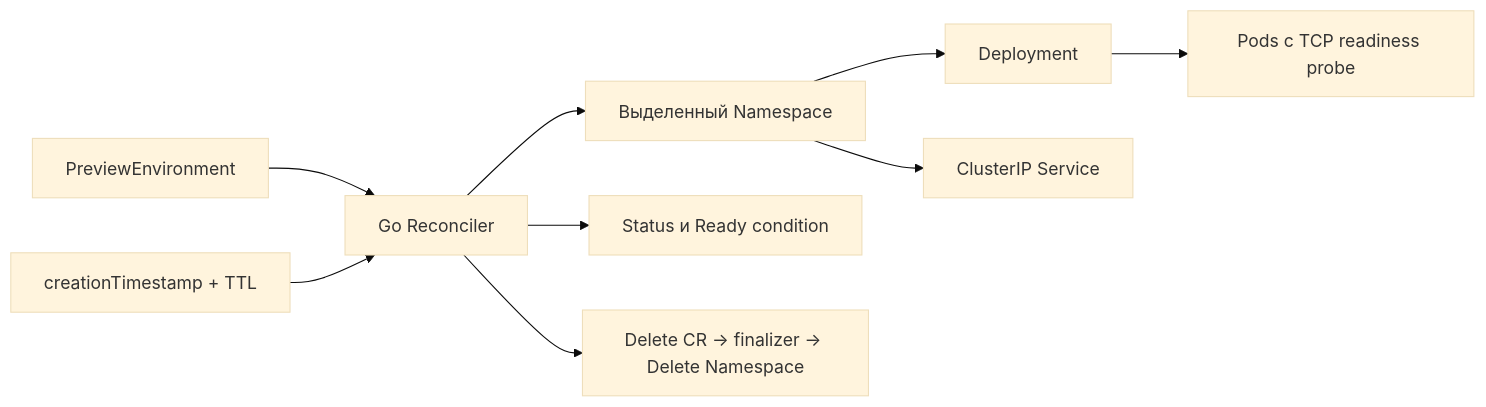
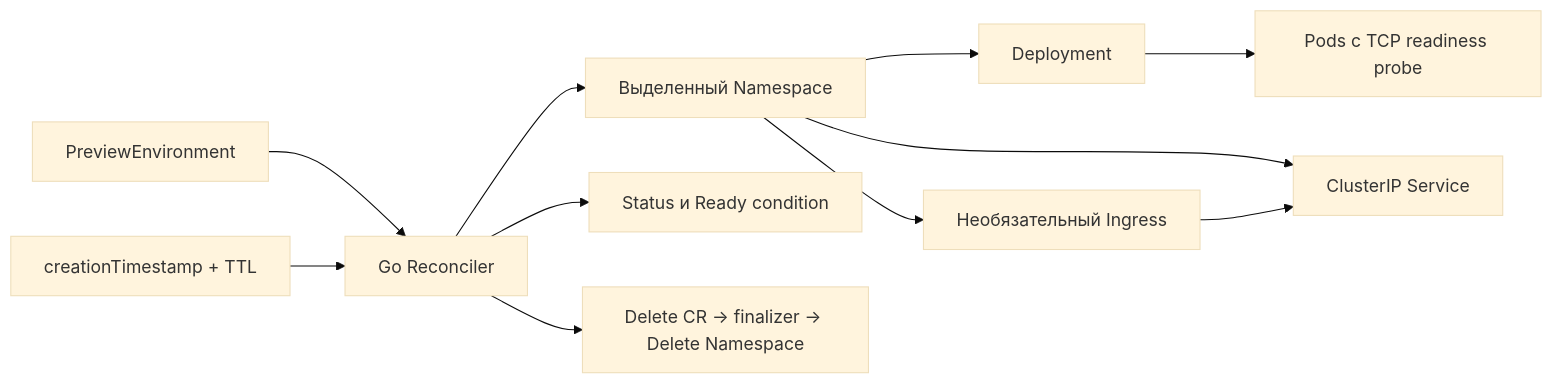
Before and after one commit to T1mof/previewForge: the diagram in README.md, drawn with Mermaid (base theme). The commit also changed other lines of this file and 29 other files, not shown here.

````diff
--- a/README.md
+++ b/README.md
@@ -9,11 +9,13 @@
 ```mermaid
 flowchart LR
     CR[PreviewEnvironment] --> R[Go Reconciler]
     R --> NS[Выделенный Namespace]
     NS --> D[Deployment]
     NS --> S[ClusterIP Service]
+    NS --> I[Необязательный Ingress]
+    I --> S
     D --> P[Pods с TCP readiness probe]
     R --> ST[Status и Ready condition]
     TTL[creationTimestamp + TTL] --> R
     R --> DEL[Delete CR → finalizer → Delete Namespace]
 ```
````
